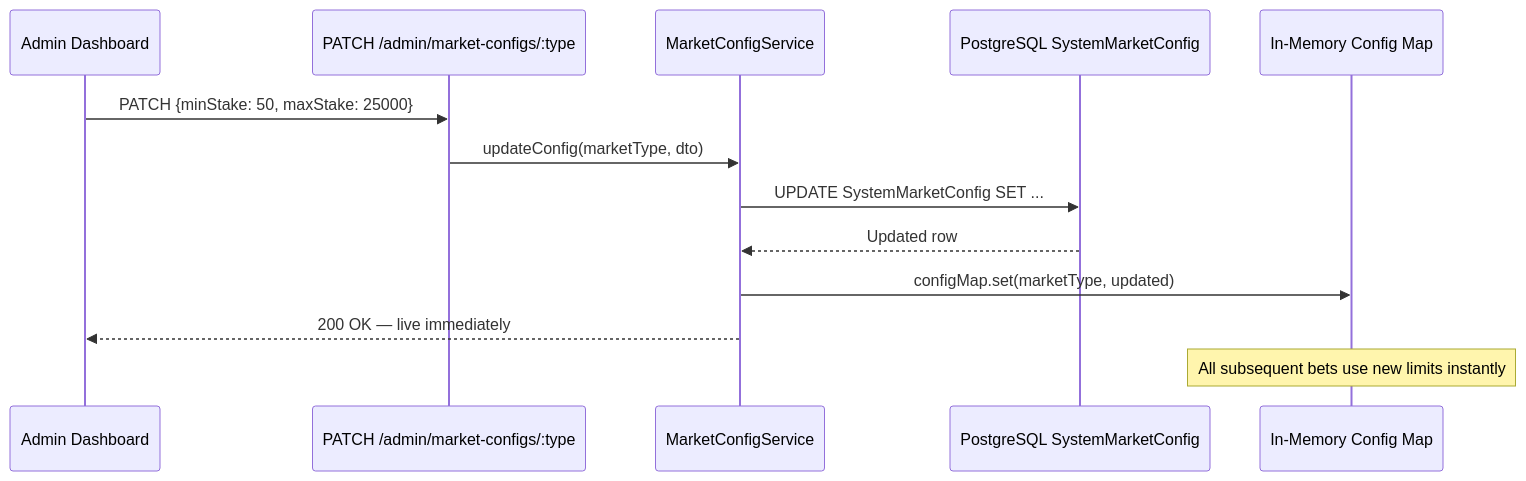
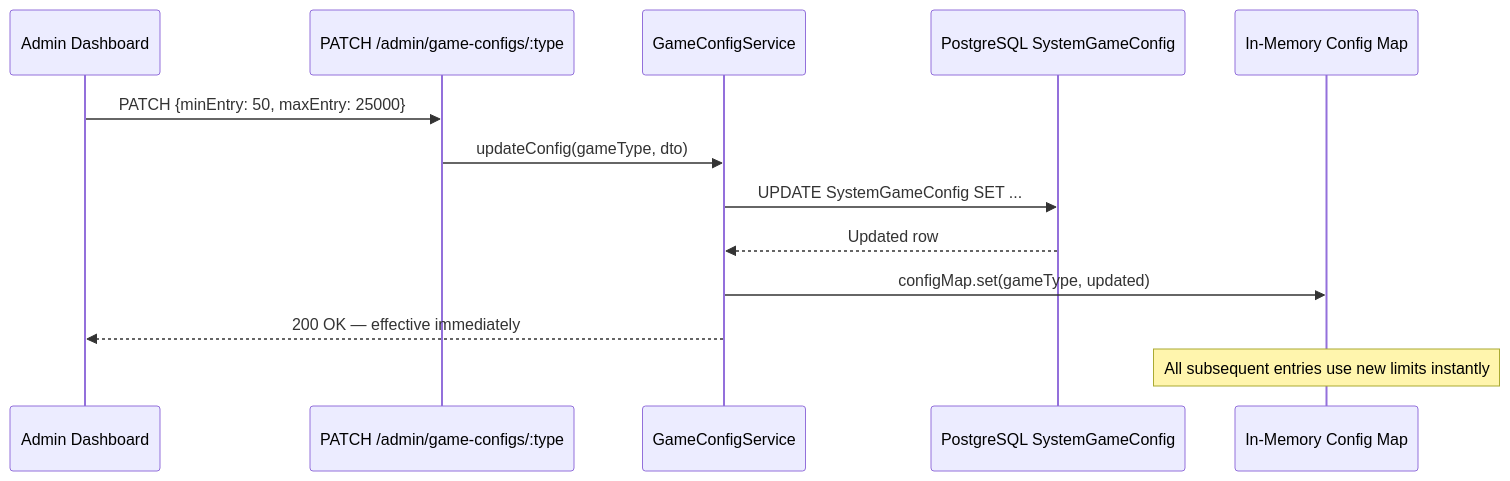
One commit to Yash-Jangid/GameX changed the ninth of 13 diagrams in README.md. Above: the diagram before and after it, drawn with Mermaid. The commit also changed other lines of this file, not shown here.

````diff
--- a/README.md
+++ b/README.md
@@ -481,16 +522,16 @@
 ```mermaid
 sequenceDiagram
     participant Admin as Admin Dashboard
-    participant API as PATCH /admin/market-configs/:type
-    participant SVC as MarketConfigService
-    participant DB as PostgreSQL SystemMarketConfig
+    participant API as PATCH /admin/game-configs/:type
+    participant SVC as GameConfigService
+    participant DB as PostgreSQL SystemGameConfig
     participant MAP as In-Memory Config Map
 
-    Admin->>API: PATCH {minStake: 50, maxStake: 25000}
-    API->>SVC: updateConfig(marketType, dto)
-    SVC->>DB: UPDATE SystemMarketConfig SET ...
+    Admin->>API: PATCH {minEntry: 50, maxEntry: 25000}
+    API->>SVC: updateConfig(gameType, dto)
+    SVC->>DB: UPDATE SystemGameConfig SET ...
     DB-->>SVC: Updated row
-    SVC->>MAP: configMap.set(marketType, updated)
-    SVC-->>Admin: 200 OK — live immediately
-    Note over MAP: All subsequent bets use new limits instantly
+    SVC->>MAP: configMap.set(gameType, updated)
+    SVC-->>Admin: 200 OK — effective immediately
+    Note over MAP: All subsequent entries use new limits instantly
 ```
````
